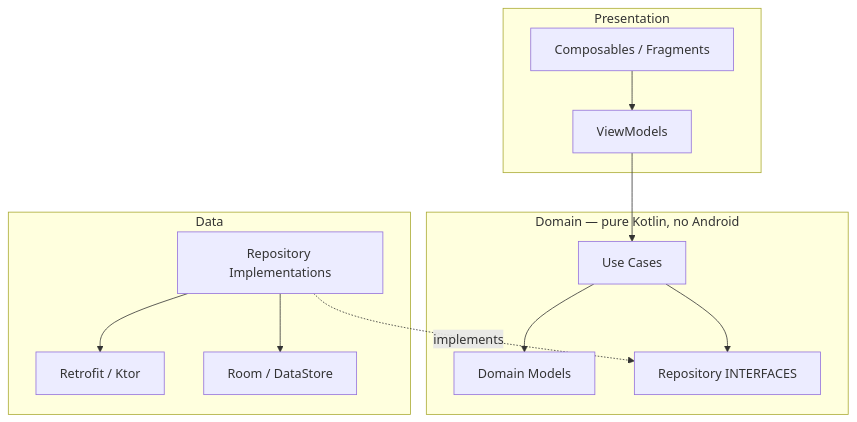
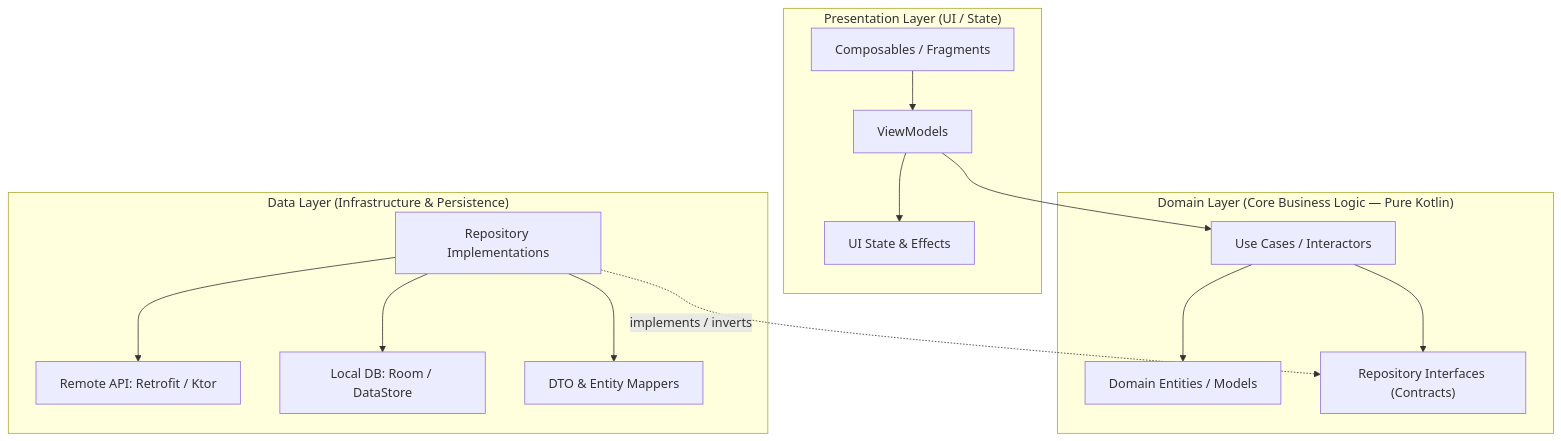
Before and after one commit to Rajamohan006/interview_preparation: the second of 2 diagrams in Android/architecture_patterns.md, drawn with Mermaid. The commit also changed other lines of this file, not shown here.

Commit message:
docs(architecture): expand MVVM and Clean Architecture with end-to-end flow, Hilt role, and senior interview Q&As

````diff
--- a/Android/architecture_patterns.md
+++ b/Android/architecture_patterns.md
@@ -351,25 +445,31 @@
 ```mermaid
 graph TD
-    subgraph Presentation
+    subgraph Presentation["Presentation Layer (UI / State)"]
         UI[Composables / Fragments]
         VM[ViewModels]
+        UiState[UI State & Effects]
     end
-    subgraph Domain["Domain — pure Kotlin, no Android"]
-        UC[Use Cases]
-        Model[Domain Models]
-        Repo["Repository INTERFACES"]
+
+    subgraph Domain["Domain Layer (Core Business Logic — Pure Kotlin)"]
+        UC[Use Cases / Interactors]
+        Model[Domain Entities / Models]
+        Repo["Repository Interfaces (Contracts)"]
     end
-    subgraph Data
+
+    subgraph Data["Data Layer (Infrastructure & Persistence)"]
         RepoImpl[Repository Implementations]
-        Remote[Retrofit / Ktor]
-        Local[Room / DataStore]
+        Remote[Remote API: Retrofit / Ktor]
+        Local[Local DB: Room / DataStore]
+        Mappers[DTO & Entity Mappers]
     end
 
     UI --> VM
+    VM --> UiState
     VM --> UC
     UC --> Repo
     UC --> Model
-    RepoImpl -.implements.-> Repo
+    RepoImpl -.implements / inverts.-> Repo
     RepoImpl --> Remote
     RepoImpl --> Local
+    RepoImpl --> Mappers
 ```
````
